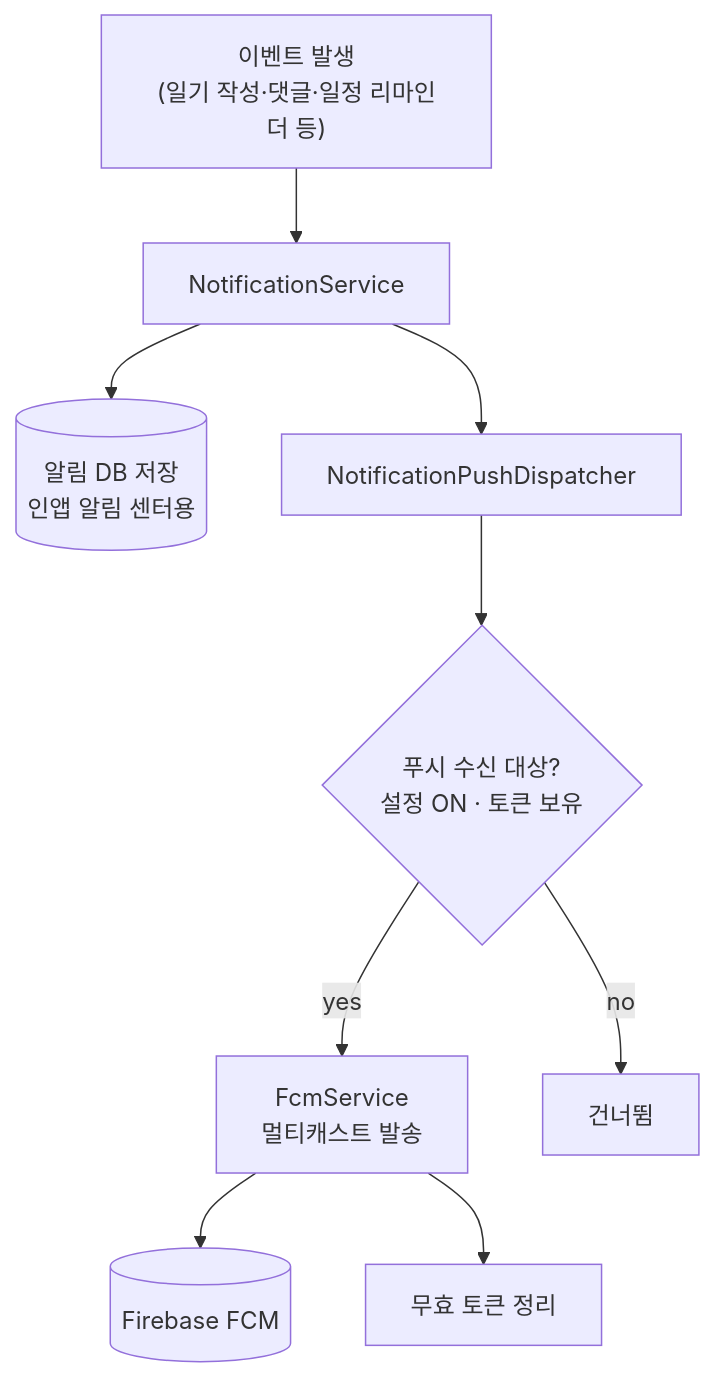
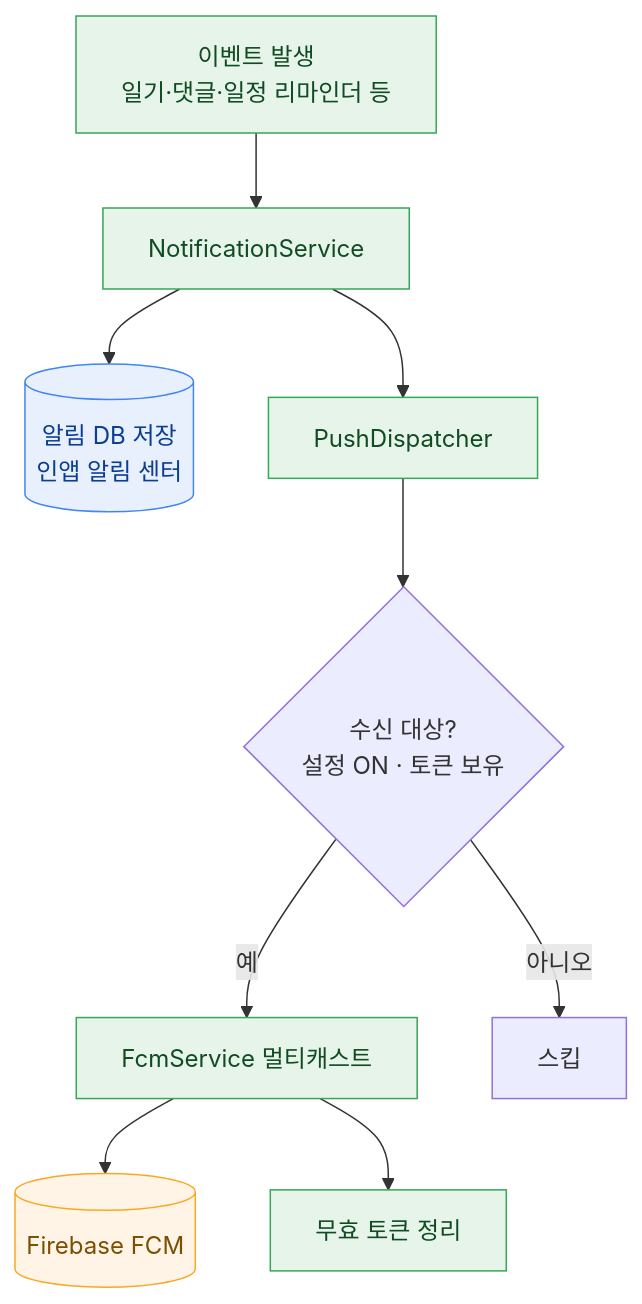
The third of 4 diagrams in README.md (Digpot/Digda-server), drawn with Mermaid before and after one commit. The commit also changed other lines of this file, not shown here.

First line of the commit message:
@ docs(server): README 다이어그램 스타일링 + 로컬 실행 섹션 제거

````diff
--- a/README.md
+++ b/README.md
@@ -116,11 +113,15 @@
 ```mermaid
 flowchart TB
-    TRIGGER["이벤트 발생<br/>(일기 작성·댓글·일정 리마인더 등)"] --> NS[NotificationService]
-    NS --> SAVE[(알림 DB 저장<br/>인앱 알림 센터용)]
-    NS --> DISP[NotificationPushDispatcher]
-    DISP --> ELIG{푸시 수신 대상?<br/>설정 ON · 토큰 보유}
-    ELIG -->|yes| FCMSVC[FcmService<br/>멀티캐스트 발송]
-    FCMSVC --> FCM[(Firebase FCM)]
-    FCMSVC --> CLEAN[무효 토큰 정리]
-    ELIG -->|no| SKIP[건너뜀]
+    EVT["이벤트 발생<br/>일기·댓글·일정 리마인더 등"] --> NS["NotificationService"]
+    NS --> SAVE[("알림 DB 저장<br/>인앱 알림 센터")]
+    NS --> DISP["PushDispatcher"]
+    DISP --> CHK{"수신 대상?<br/>설정 ON · 토큰 보유"}
+    CHK -->|예| FCMS["FcmService 멀티캐스트"] --> FCM[("Firebase FCM")]
+    FCMS --> CLEAN["무효 토큰 정리"]
+    CHK -->|아니오| SKIP["스킵"]
+
+    classDef a fill:#E6F4EA,stroke:#34A853,color:#114B22;
+    classDef b fill:#E8F0FE,stroke:#4285F4,color:#0B3D91;
+    classDef c fill:#FFF4E5,stroke:#F9A825,color:#7A4F00;
+    class EVT,NS,DISP,FCMS,CLEAN a; class SAVE b; class FCM c;
 ```
````
